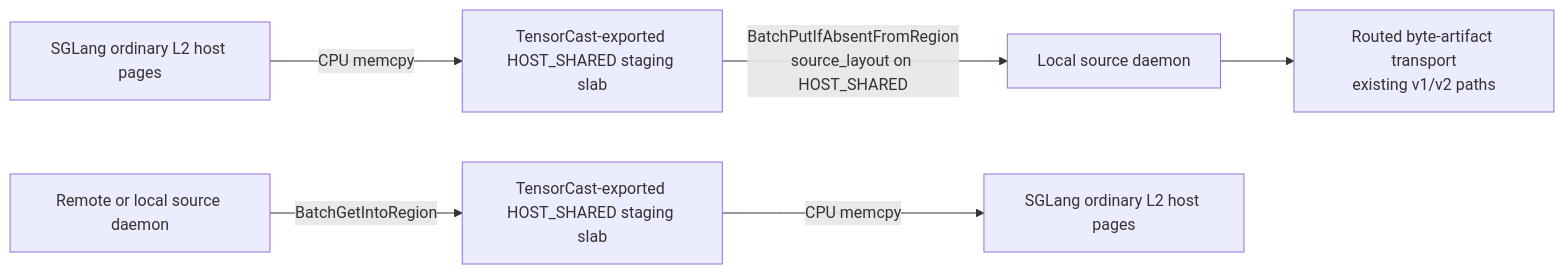
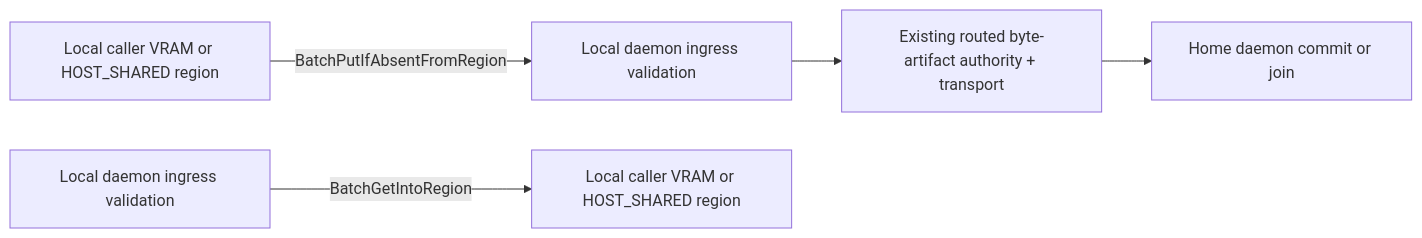
The sixth of 7 diagrams in docs/designs/0087-unified-artifact-runtime-and-routed-byte-artifact-architecture.md (tensorcast-ai/tensorcast), drawn with Mermaid before and after one commit. The commit also changed other lines of this file and 2 other files, not shown here.

Commit message:
docs(byte-artifact): sync the docs on HOST_SHARED region registration with current implementation

````diff
--- a/docs/designs/0087-unified-artifact-runtime-and-routed-byte-artifact-architecture.md
+++ b/docs/designs/0087-unified-artifact-runtime-and-routed-byte-artifact-architecture.md
@@ -1005,9 +953,8 @@
 ```mermaid
 flowchart LR
-    A["SGLang ordinary L2 host pages"] -->|"CPU memcpy"| B["TensorCast-exported HOST_SHARED staging slab"]
-    B -->|"BatchPutIfAbsentFromRegion<br/>source_layout on HOST_SHARED"| C["Local source daemon"]
-    C --> D["Routed byte-artifact transport<br/>existing v1/v2 paths"]
+    A["Local caller VRAM or HOST_SHARED region"] -->|"BatchPutIfAbsentFromRegion"| B["Local daemon ingress validation"]
+    B --> C["Existing routed byte-artifact authority + transport"]
+    C --> D["Home daemon commit or join"]
 
-    E["Remote or local source daemon"] -->|"BatchGetIntoRegion"| F["TensorCast-exported HOST_SHARED staging slab"]
-    F -->|"CPU memcpy"| G["SGLang ordinary L2 host pages"]
+    E["Local daemon ingress validation"] -->|"BatchGetIntoRegion"| F["Local caller VRAM or HOST_SHARED region"]
 ```
````
